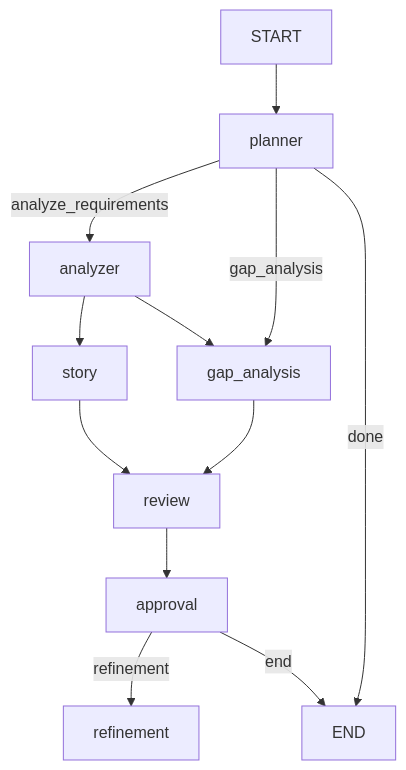
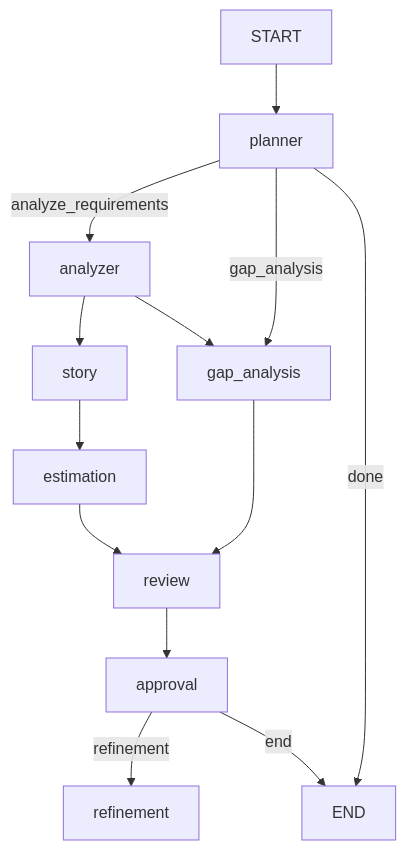
The diagram in BA_Copilot_V3/README.md (robocop24/ba-copilot), drawn with Mermaid before and after one commit. The commit also changed other lines of this file and 39 other files, not shown here.

````diff
--- a/BA_Copilot_V3/README.md
+++ b/BA_Copilot_V3/README.md
@@ -9,19 +9,20 @@
 ```mermaid
 graph TD
     START --> planner
 
     planner -->|analyze_requirements| analyzer
     planner -->|gap_analysis| gap_analysis
     planner -->|done| END
 
     analyzer --> story
     analyzer --> gap_analysis
 
-    story --> review
+    story --> estimation
+    estimation --> review
     gap_analysis --> review
 
     review --> approval
 
     approval -->|refinement| refinement
     approval -->|end| END
 ```
````
